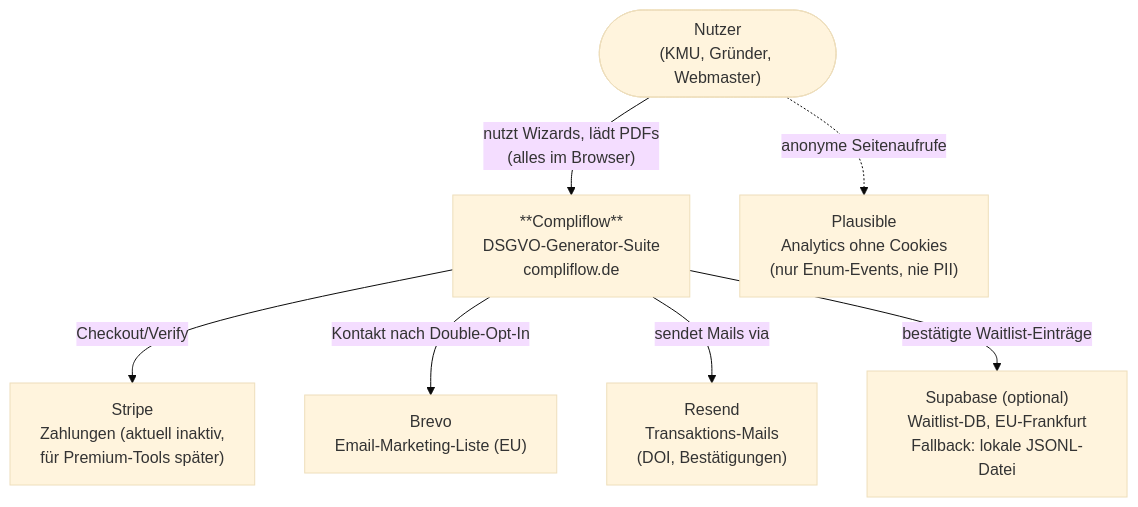
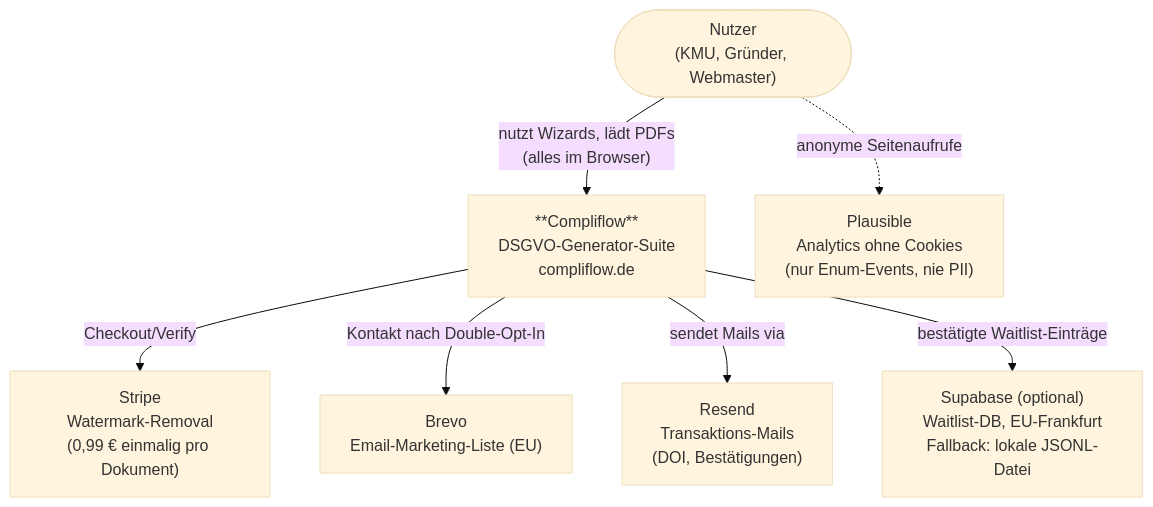
One commit to alkhalilaoumeur-commits/compliflow changed the first of 2 diagrams in docs/ARCHITECTURE.md. Above: the diagram before and after it, drawn with Mermaid (base theme). The commit also changed other lines of this file and 2 other files, not shown here.

First line of the commit message:
docs: ARCHITECTURE.md Stripe-Status + CLAUDE.md Routenplan aktualisiert

````diff
--- a/docs/ARCHITECTURE.md
+++ b/docs/ARCHITECTURE.md
@@ -32,18 +32,18 @@
 ```mermaid
 flowchart TB
     User(["Nutzer\n(KMU, Gründer, Webmaster)"])
     CF["**Compliflow**\nDSGVO-Generator-Suite\ncompliflow.de"]
 
-    Stripe["Stripe\nZahlungen (aktuell inaktiv,\nfür Premium-Tools später)"]
+    Stripe["Stripe\nWatermark-Removal\n(0,99 € einmalig pro Dokument)"]
     Brevo["Brevo\nEmail-Marketing-Liste (EU)"]
     Resend["Resend\nTransaktions-Mails\n(DOI, Bestätigungen)"]
     Supabase["Supabase (optional)\nWaitlist-DB, EU-Frankfurt\nFallback: lokale JSONL-Datei"]
     Plausible["Plausible\nAnalytics ohne Cookies\n(nur Enum-Events, nie PII)"]
 
     User -->|"nutzt Wizards, lädt PDFs\n(alles im Browser)"| CF
     CF -->|Checkout/Verify| Stripe
     CF -->|Kontakt nach Double-Opt-In| Brevo
     CF -->|sendet Mails via| Resend
     CF -->|bestätigte Waitlist-Einträge| Supabase
     User -.->|anonyme Seitenaufrufe| Plausible
 ```
````
